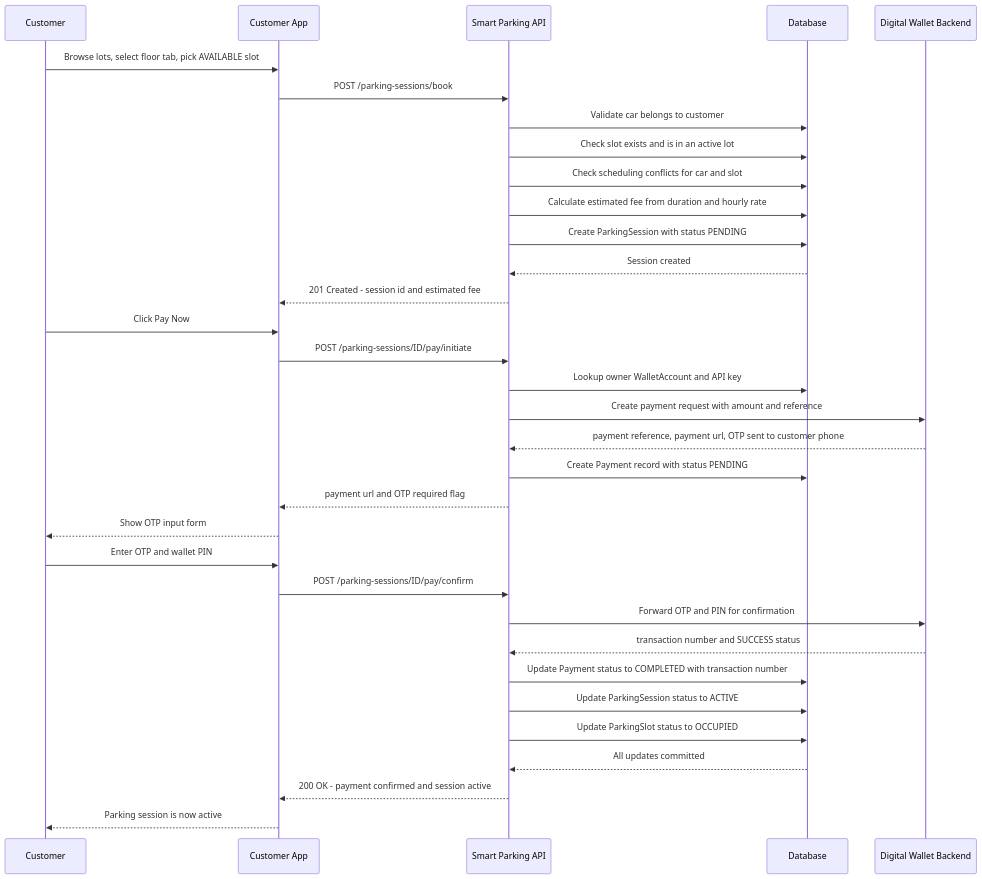
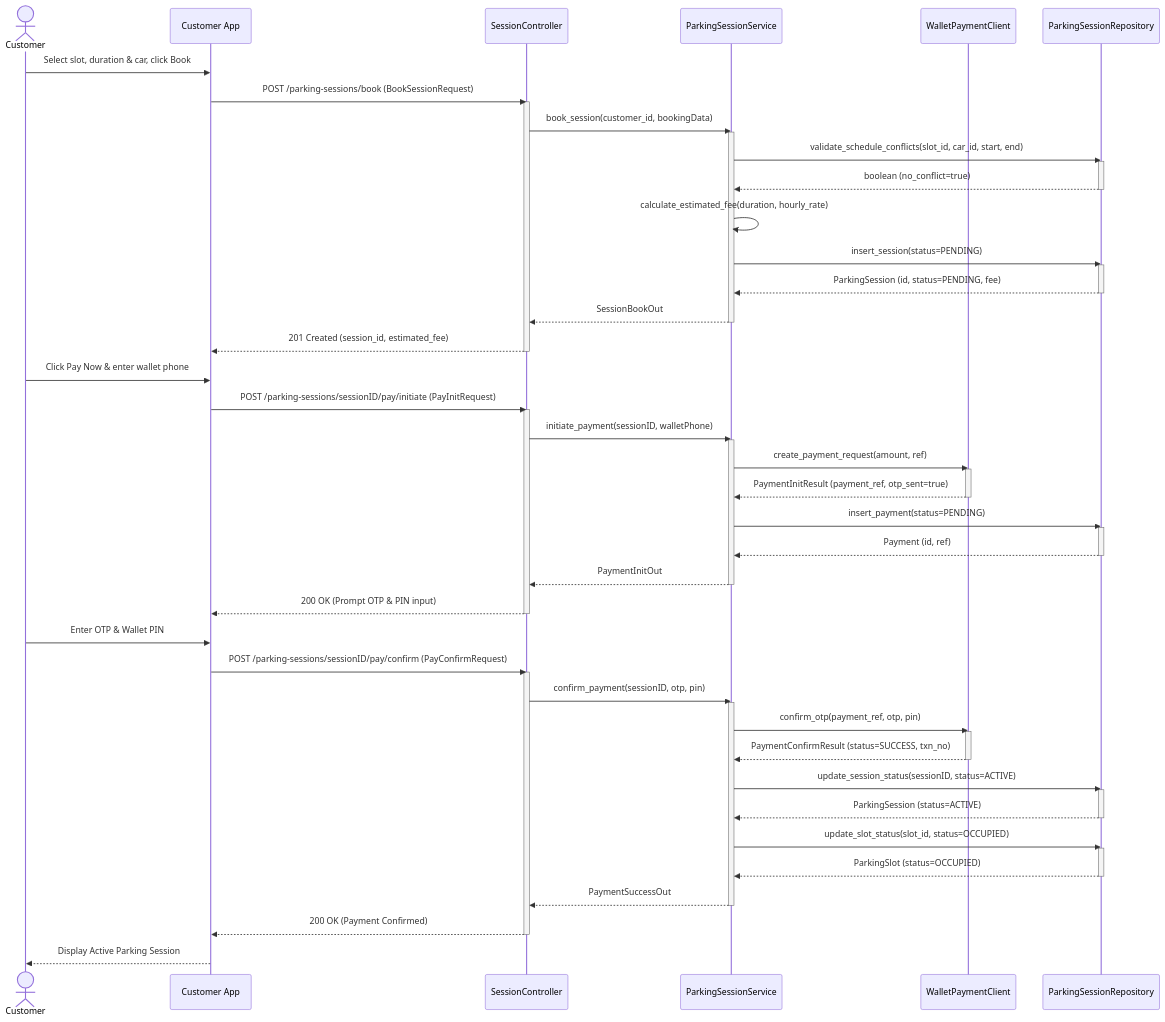
Diagram 16 of 16 in docs/Smart_Parking_Lot_System_Documentation.md (kxunsithu/smart-parking-lot-system), drawn with Mermaid before and after one commit. The commit also changed other lines of this file and 1 other file, not shown here.

````diff
--- a/docs/Smart_Parking_Lot_System_Documentation.md
+++ b/docs/Smart_Parking_Lot_System_Documentation.md
@@ -1124,38 +1485,69 @@
 ```mermaid
 sequenceDiagram
-    participant Customer
-    participant App as Customer App
-    participant API as Smart Parking API
-    participant DB as Database
-    participant Wallet as Digital Wallet Backend
+    actor Customer
+    participant UI as Customer App
+    participant API as SessionController
+    participant Service as ParkingSessionService
+    participant Wallet as WalletPaymentClient
+    participant DB as ParkingSessionRepository
 
-    Customer->>App: Browse lots, select floor tab, pick AVAILABLE slot
-    App->>API: POST /parking-sessions/book
-    API->>DB: Validate car belongs to customer
-    API->>DB: Check slot exists and is in an active lot
-    API->>DB: Check scheduling conflicts for car and slot
-    API->>DB: Calculate estimated fee from duration and hourly rate
-    API->>DB: Create ParkingSession with status PENDING
-    DB-->>API: Session created
-    API-->>App: 201 Created - session id and estimated fee
+    Customer->>UI: Select slot, duration & car, click Book
+    UI->>API: POST /parking-sessions/book (BookSessionRequest)
+    activate API
+    API->>Service: book_session(customer_id, bookingData)
+    activate Service
+    Service->>DB: validate_schedule_conflicts(slot_id, car_id, start, end)
+    activate DB
+    DB-->>Service: boolean (no_conflict=true)
+    deactivate DB
+    Service->>Service: calculate_estimated_fee(duration, hourly_rate)
+    Service->>DB: insert_session(status=PENDING)
+    activate DB
+    DB-->>Service: ParkingSession (id, status=PENDING, fee)
+    deactivate DB
+    Service-->>API: SessionBookOut
+    deactivate Service
+    API-->>UI: 201 Created (session_id, estimated_fee)
+    deactivate API
 
-    Customer->>App: Click Pay Now
-    App->>API: POST /parking-sessions/ID/pay/initiate
-    API->>DB: Lookup owner WalletAccount and API key
-    API->>Wallet: Create payment request with amount and reference
-    Wallet-->>API: payment reference, payment url, OTP sent to customer phone
-    API->>DB: Create Payment record with status PENDING
-    API-->>App: payment url and OTP required flag
-    App-->>Customer: Show OTP input form
+    Customer->>UI: Click Pay Now & enter wallet phone
+    UI->>API: POST /parking-sessions/sessionID/pay/initiate (PayInitRequest)
+    activate API
+    API->>Service: initiate_payment(sessionID, walletPhone)
+    activate Service
+    Service->>Wallet: create_payment_request(amount, ref)
+    activate Wallet
+    Wallet-->>Service: PaymentInitResult (payment_ref, otp_sent=true)
+    deactivate Wallet
+    Service->>DB: insert_payment(status=PENDING)
+    activate DB
+    DB-->>Service: Payment (id, ref)
+    deactivate DB
+    Service-->>API: PaymentInitOut
+    deactivate Service
+    API-->>UI: 200 OK (Prompt OTP & PIN input)
+    deactivate API
 
-    Customer->>App: Enter OTP and wallet PIN
-    App->>API: POST /parking-sessions/ID/pay/confirm
-    API->>Wallet: Forward OTP and PIN for confirmation
-    Wallet-->>API: transaction number and SUCCESS status
-    API->>DB: Update Payment status to COMPLETED with transaction number
-    API->>DB: Update ParkingSession status to ACTIVE
-    API->>DB: Update ParkingSlot status to OCCUPIED
-    DB-->>API: All updates committed
-    API-->>App: 200 OK - payment confirmed and session active
-    App-->>Customer: Parking session is now active
+    Customer->>UI: Enter OTP & Wallet PIN
+    UI->>API: POST /parking-sessions/sessionID/pay/confirm (PayConfirmRequest)
+    activate API
+    API->>Service: confirm_payment(sessionID, otp, pin)
+    activate Service
+    Service->>Wallet: confirm_otp(payment_ref, otp, pin)
+    activate Wallet
+    Wallet-->>Service: PaymentConfirmResult (status=SUCCESS, txn_no)
+    deactivate Wallet
+    Service->>DB: update_session_status(sessionID, status=ACTIVE)
+    activate DB
+    DB-->>Service: ParkingSession (status=ACTIVE)
+    deactivate DB
+    Service->>DB: update_slot_status(slot_id, status=OCCUPIED)
+    activate DB
+    DB-->>Service: ParkingSlot (status=OCCUPIED)
+    deactivate DB
+    Service-->>API: PaymentSuccessOut
+    deactivate Service
+    API-->>UI: 200 OK (Payment Confirmed)
+    deactivate API
+    UI-->>Customer: Display Active Parking Session
 ```
````
